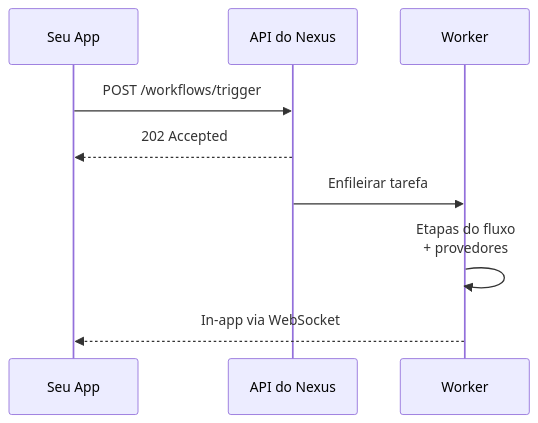
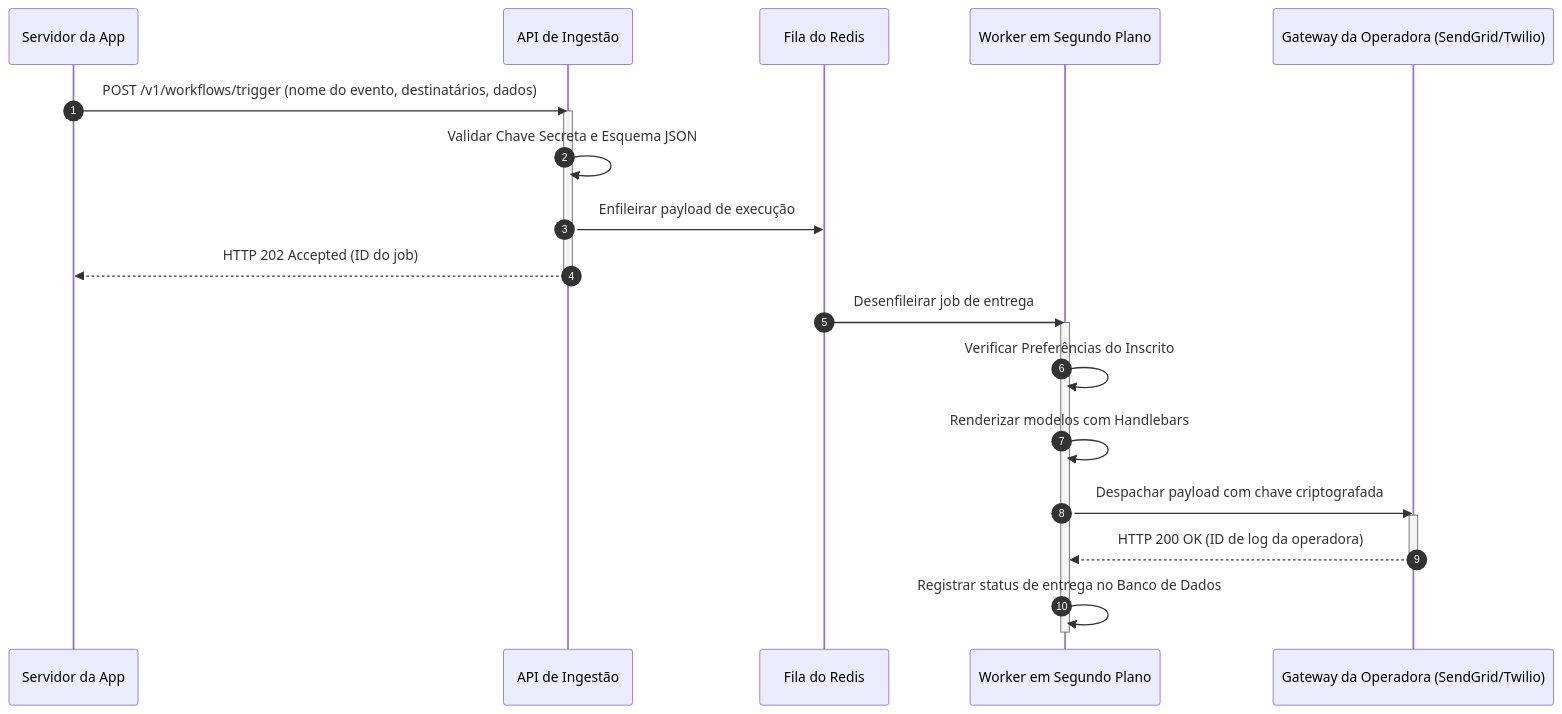
The diagram in content/docs/pt/platform/getting-started/index.mdx (KriyanshKhunt/nexus_docs), drawn with Mermaid before and after one commit. The commit also changed other lines of this file and 31 other files, not shown here.

````diff
--- a/content/docs/pt/platform/getting-started/index.mdx
+++ b/content/docs/pt/platform/getting-started/index.mdx
@@ -34,12 +52,27 @@
 ```mermaid
 sequenceDiagram
-  participant App as Seu App
-  participant API as API do Nexus
-  participant Worker as Worker
-  
-  App->>API: POST /workflows/trigger
-  API-->>App: 202 Accepted
-  API->>Worker: Enfileirar tarefa
-  Worker->>Worker: Etapas do fluxo<br/>+ provedores
-  Worker-->>App: In-app via WebSocket
+    autonumber
+    participant App as Servidor da App
+    participant API as API de Ingestão
+    participant Q as Fila do Redis
+    participant Worker as Worker em Segundo Plano
+    participant Carrier as Gateway da Operadora (SendGrid/Twilio)
+
+    App->>API: POST /v1/workflows/trigger (nome do evento, destinatários, dados)
+    activate API
+    API->>API: Validar Chave Secreta e Esquema JSON
+    API->>Q: Enfileirar payload de execução
+    API-->>App: HTTP 202 Accepted (ID do job)
+    deactivate API
+
+    Q->>Worker: Desenfileirar job de entrega
+    activate Worker
+    Worker->>Worker: Verificar Preferências do Inscrito
+    Worker->>Worker: Renderizar modelos com Handlebars
+    Worker->>Carrier: Despachar payload com chave criptografada
+    activate Carrier
+    Carrier-->>Worker: HTTP 200 OK (ID de log da operadora)
+    deactivate Carrier
+    Worker->>Worker: Registrar status de entrega no Banco de Dados
+    deactivate Worker
 ```
````
